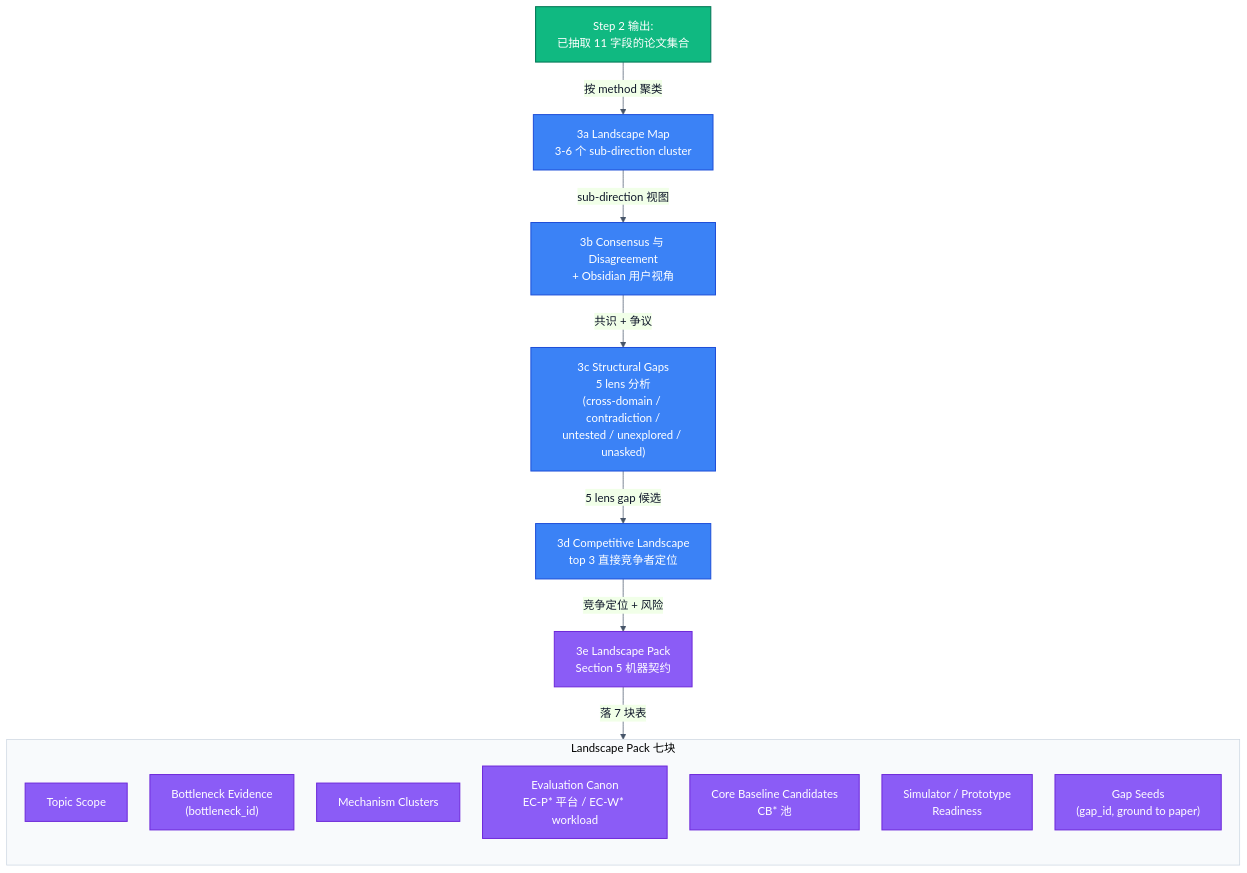
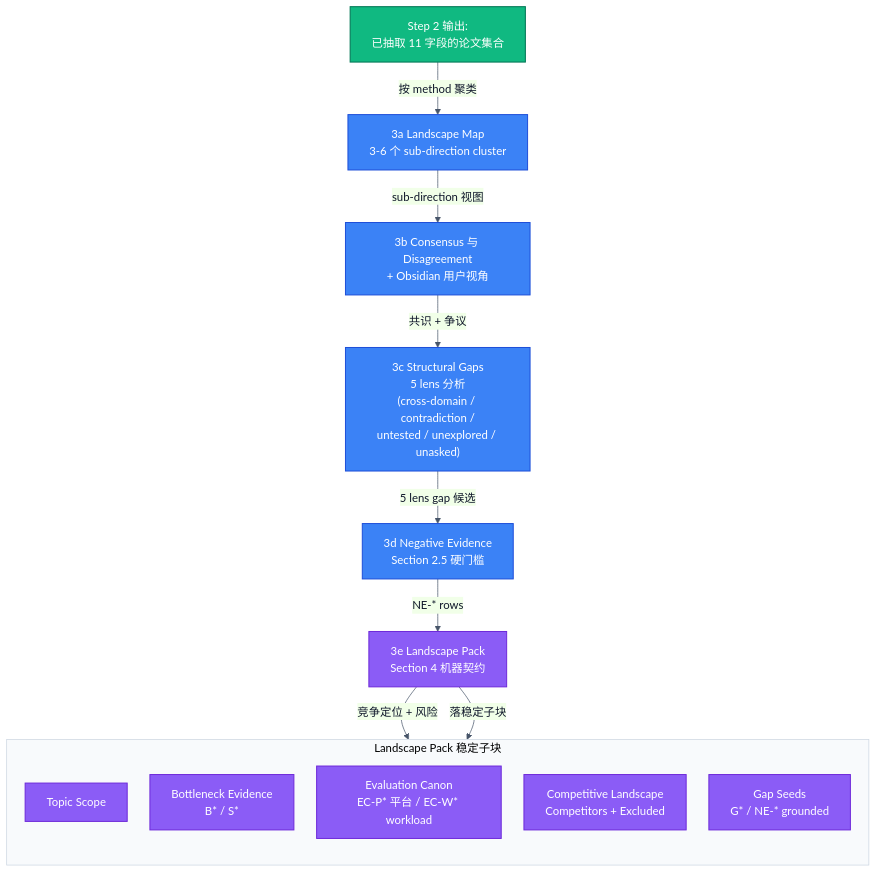
The fourth of 4 diagrams in docs/ARIS-Architecture-Research-Playbook.md (BeenLi/Auto-claude-code-research-in-sleep), drawn with Mermaid before and after one commit. The commit also changed other lines of this file and 23 other files, not shown here.

````diff
--- a/docs/ARIS-Architecture-Research-Playbook.md
+++ b/docs/ARIS-Architecture-Research-Playbook.md
@@ -348,36 +346,35 @@
 ```mermaid
 %%{init: {"theme": "base", "flowchart": {"curve": "basis", "nodeSpacing": 32, "rankSpacing": 50}, "themeVariables": {"background": "#FFFFFF", "primaryColor": "#E8F1FF", "primaryBorderColor": "#2563EB", "primaryTextColor": "#0F172A", "lineColor": "#475569", "clusterBkg": "#F8FAFC", "clusterBorder": "#CBD5E1"}}}%%
 flowchart TB
     papers["Step 2 输出:<br/>已抽取 11 字段的论文集合"]
     map3a["3a Landscape Map<br/>3-6 个 sub-direction cluster"]
     consensus["3b Consensus 与 Disagreement<br/>+ Obsidian 用户视角"]
     gaps["3c Structural Gaps<br/>5 lens 分析<br/>(cross-domain / contradiction /<br/>untested / unexplored / unasked)"]
-    competing["3d Competitive Landscape<br/>top 3 直接竞争者定位"]
-    pack["3e Landscape Pack<br/>Section 5 机器契约"]
+    negEvidence["3d Negative Evidence<br/>Section 2.5 硬门槛"]
+    pack["3e Landscape Pack<br/>Section 4 机器契约"]
 
-    subgraph packBlocks["Landscape Pack 七块"]
+    subgraph packBlocks["Landscape Pack 稳定子块"]
         direction TB
         topicScope["Topic Scope"]
-        bnEvidence["Bottleneck Evidence<br/>(bottleneck_id)"]
-        mechClusters["Mechanism Clusters"]
+        bnEvidence["Bottleneck Evidence<br/>B* / S*"]
         evalCanon["Evaluation Canon<br/>EC-P* 平台 / EC-W* workload"]
-        coreBaseline["Core Baseline Candidates<br/>CB* 池"]
-        simReadiness["Simulator / Prototype<br/>Readiness"]
-        gapSeeds["Gap Seeds<br/>(gap_id, ground to paper)"]
+        compLandscape["Competitive Landscape<br/>Competitors + Excluded"]
+        gapSeeds["Gap Seeds<br/>G* / NE-* grounded"]
     end
 
     papers -->|"按 method 聚类"| map3a
     map3a -->|"sub-direction 视图"| consensus
     consensus -->|"共识 + 争议"| gaps
-    gaps -->|"5 lens gap 候选"| competing
-    competing -->|"竞争定位 + 风险"| pack
-    pack -->|"落 7 块表"| packBlocks
+    gaps -->|"5 lens gap 候选"| negEvidence
+    negEvidence -->|"NE-* rows"| pack
+    pack -->|"竞争定位 + 风险"| compLandscape
+    pack -->|"落稳定子块"| packBlocks
 
     classDef synthCls fill:#3B82F6,color:#fff,stroke:#1D4ED8,stroke-width:1.4px
     classDef contractCls fill:#8B5CF6,color:#fff,stroke:#6D28D9,stroke-width:1.4px
     classDef inputCls fill:#10B981,color:#fff,stroke:#047857,stroke-width:1.5px
 
     class papers inputCls
-    class map3a,consensus,gaps,competing synthCls
-    class pack,topicScope,bnEvidence,mechClusters,evalCanon,coreBaseline,simReadiness,gapSeeds contractCls
+    class map3a,consensus,gaps,negEvidence synthCls
+    class pack,topicScope,bnEvidence,evalCanon,compLandscape,gapSeeds contractCls
 ```
````
